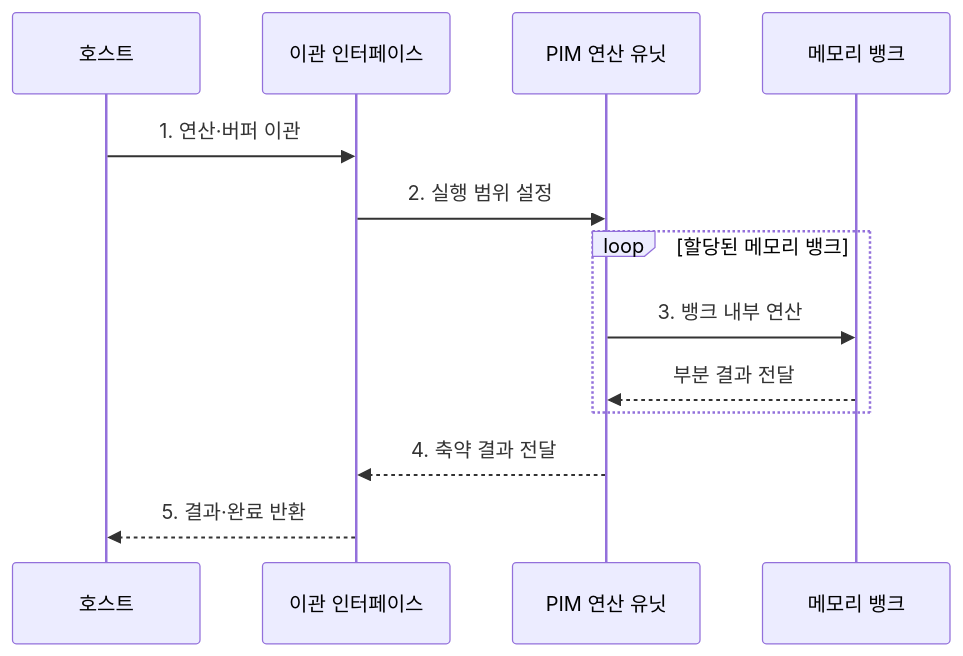
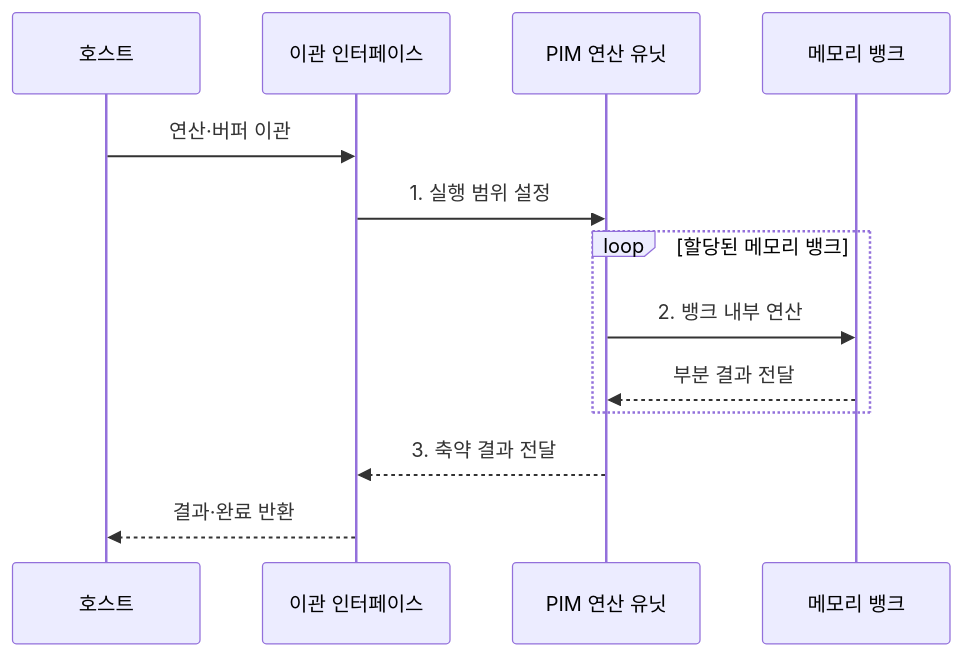
Before and after one commit to agnusdei1207/knowledge-base: the second of 2 diagrams in src/content/docs/notes/02-hardware/026_pim.md, drawn with Mermaid. The commit also changed other lines of this file and 20 other files, not shown here.

````diff
--- a/src/content/docs/notes/02-hardware/026_pim.md
+++ b/src/content/docs/notes/02-hardware/026_pim.md
@@ -87,15 +87,15 @@
 ```mermaid
 sequenceDiagram
     participant H as 호스트
     participant I as 이관 인터페이스
     participant U as PIM 연산 유닛
     participant B as 메모리 뱅크
-    H->>I: 1. 연산·버퍼 이관
-    I->>U: 2. 실행 범위 설정
+    H->>I: 연산·버퍼 이관
+    I->>U: 1. 실행 범위 설정
     loop 할당된 메모리 뱅크
-        U->>B: 3. 뱅크 내부 연산
+        U->>B: 2. 뱅크 내부 연산
         B-->>U: 부분 결과 전달
     end
-    U-->>I: 4. 축약 결과 전달
-    I-->>H: 5. 결과·완료 반환
+    U-->>I: 3. 축약 결과 전달
+    I-->>H: 결과·완료 반환
 ```
````
